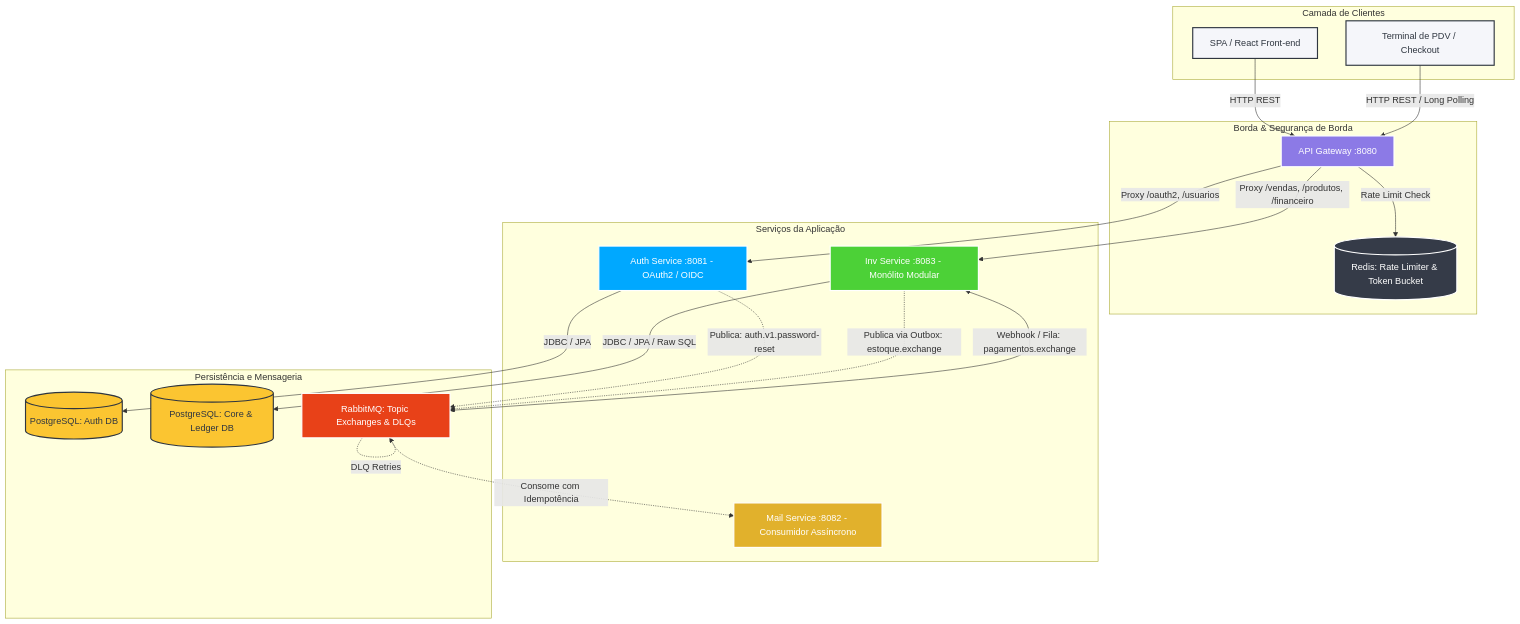
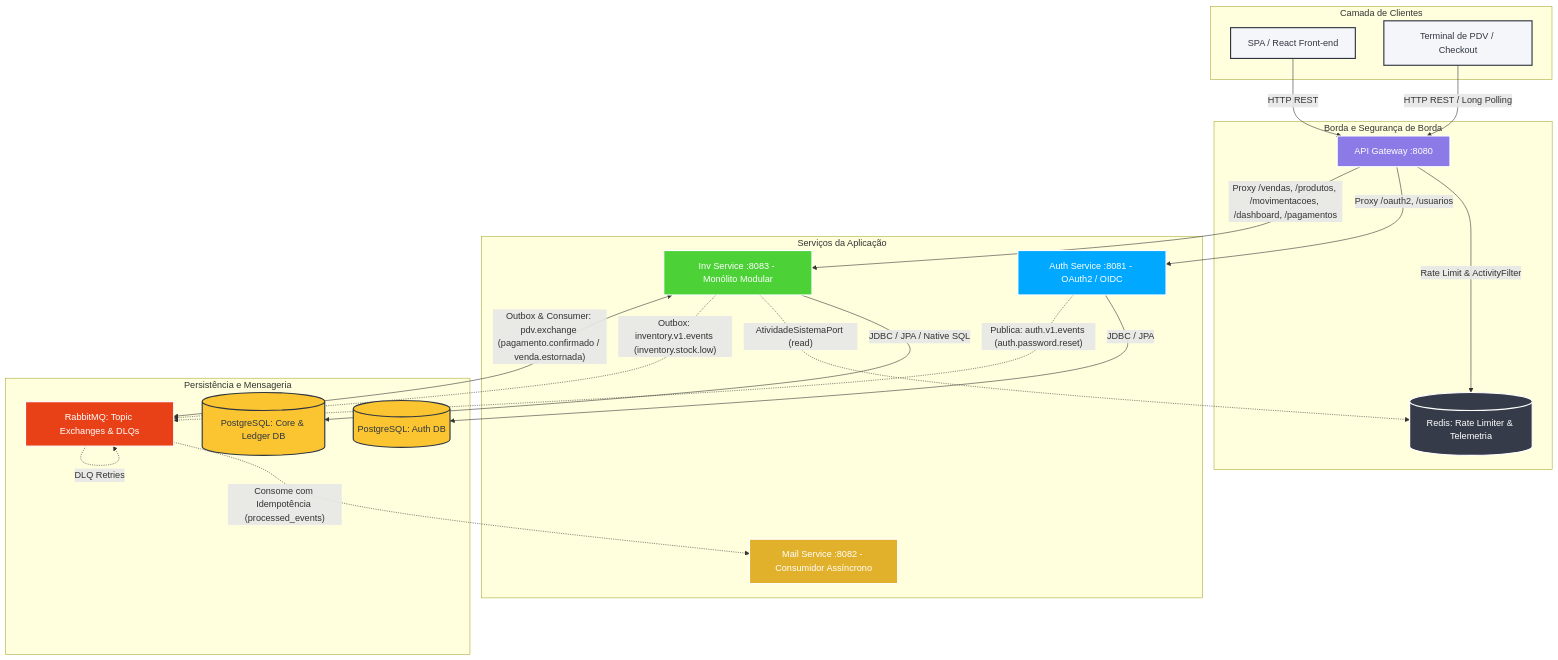
The first of 4 diagrams in docs/architecture/system-overview.md (iXDGabrielTK/petshop-microservices), drawn with Mermaid before and after one commit. The commit also changed other lines of this file and 59 other files, not shown here.

````diff
--- a/docs/architecture/system-overview.md
+++ b/docs/architecture/system-overview.md
@@ -9,57 +9,58 @@
 ```mermaid
 graph TD
 
 %% --- Estilos de Nós ---
     classDef client fill:#f5f6fa,stroke:#2f3640,stroke-width:2px,color:#2f3640;
     classDef gateway fill:#8c7ae6,stroke:#fff,stroke-width:2px,color:#fff;
     classDef authService fill:#00a8ff,stroke:#fff,stroke-width:2px,color:#fff;
     classDef coreService fill:#4cd137,stroke:#fff,stroke-width:2px,color:#fff;
     classDef mailService fill:#e1b12c,stroke:#fff,stroke-width:2px,color:#fff;
     classDef infra fill:#353b48,stroke:#fff,stroke-width:2px,color:#fff;
     classDef database fill:#fbc531,stroke:#2f3640,stroke-width:2px,color:#2f3640;
     classDef broker fill:#e84118,stroke:#fff,stroke-width:2px,color:#fff;
 
 %% --- Camada de Clientes ---
     subgraph Clients [Camada de Clientes]
-        Browser[SPA / React Front-end]:::client
-        PDV[Terminal de PDV / Checkout]:::client
+        Browser["SPA / React Front-end"]:::client
+        PDV["Terminal de PDV / Checkout"]:::client
     end
 
 %% --- Edge / Borda ---
-    subgraph EdgeLayer [Borda & Segurança de Borda]
-        Gateway[API Gateway :8080]:::gateway
-        Redis[(Redis: Rate Limiter & Token Bucket)]:::infra
+    subgraph EdgeLayer [Borda e Segurança de Borda]
+        Gateway["API Gateway :8080"]:::gateway
+        Redis[("Redis: Rate Limiter & Telemetria")]:::infra
     end
 
 %% --- Cluster de Microsserviços ---
     subgraph Services [Serviços da Aplicação]
-        Auth[Auth Service :8081 - OAuth2 / OIDC]:::authService
-        Inv[Inv Service :8083 - Monólito Modular]:::coreService
-        Mail[Mail Service :8082 - Consumidor Assíncrono]:::mailService
+        Auth["Auth Service :8081 - OAuth2 / OIDC"]:::authService
+        Inv["Inv Service :8083 - Monólito Modular"]:::coreService
+        Mail["Mail Service :8082 - Consumidor Assíncrono"]:::mailService
     end
 
 %% --- Persistência e Mensageria ---
     subgraph PersistenceLayer [Persistência e Mensageria]
-        AuthDB[(PostgreSQL: Auth DB)]:::database
-        InvDB[(PostgreSQL: Core & Ledger DB)]:::database
-        RabbitMQ[RabbitMQ: Topic Exchanges & DLQs]:::broker
+        AuthDB[("PostgreSQL: Auth DB")]:::database
+        InvDB[("PostgreSQL: Core & Ledger DB")]:::database
+        RabbitMQ["RabbitMQ: Topic Exchanges & DLQs"]:::broker
     end
 
 %% --- Conexões Síncronas (HTTP) ---
-    Browser -->|HTTP REST| Gateway
-    PDV -->|HTTP REST / Long Polling| Gateway
-    Gateway -->|Rate Limit Check| Redis
-    Gateway -->|Proxy /oauth2, /usuarios| Auth
-    Gateway -->|Proxy /vendas, /produtos, /financeiro| Inv
+    Browser -->|"HTTP REST"| Gateway
+    PDV -->|"HTTP REST / Long Polling"| Gateway
+    Gateway -->|"Rate Limit & ActivityFilter"| Redis
+    Gateway -->|"Proxy /oauth2, /usuarios"| Auth
+    Gateway -->|"Proxy /vendas, /produtos, /movimentacoes, /dashboard, /pagamentos"| Inv
 
-    Auth -->|JDBC / JPA| AuthDB
-    Inv -->|JDBC / JPA / Raw SQL| InvDB
+    Auth -->|"JDBC / JPA"| AuthDB
+    Inv -->|"JDBC / JPA / Native SQL"| InvDB
+    Inv -.->|"AtividadeSistemaPort (read)"| Redis
 
 %% --- Conexões Assíncronas (AMQP) ---
-    Auth -.->|Publica: auth.v1.password-reset| RabbitMQ
-    Inv -.->|Publica via Outbox: estoque.exchange| RabbitMQ
-    Inv <-->|Webhook / Fila: pagamentos.exchange| RabbitMQ
+    Auth -.->|"Publica: auth.v1.events (auth.password.reset)"| RabbitMQ
+    Inv -.->|"Outbox: inventory.v1.events (inventory.stock.low)"| RabbitMQ
+    Inv <-->|"Outbox & Consumer: pdv.exchange (pagamento.confirmado / venda.estornada)"| RabbitMQ
 
-    RabbitMQ -.->|Consome com Idempotência| Mail
-    RabbitMQ -.->|DLQ Retries| RabbitMQ
+    RabbitMQ -.->|"Consome com Idempotência (processed_events)"| Mail
+    RabbitMQ -.->|"DLQ Retries"| RabbitMQ
 ```
````
